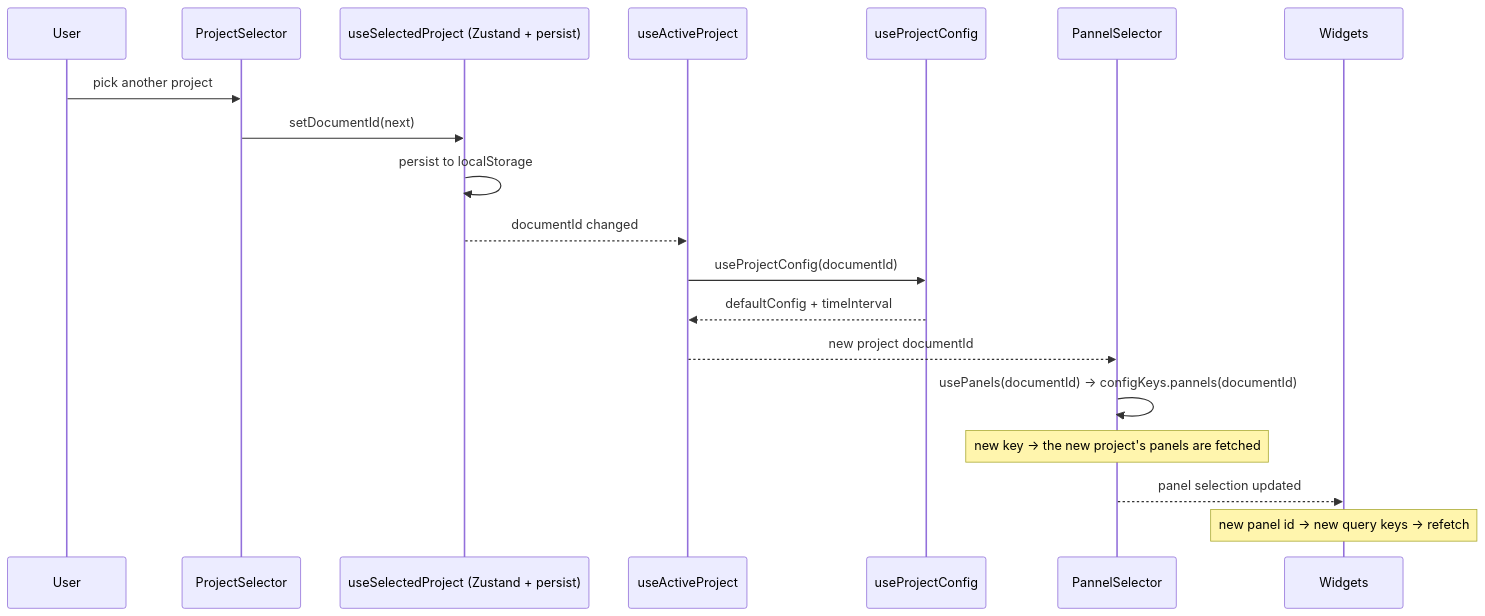
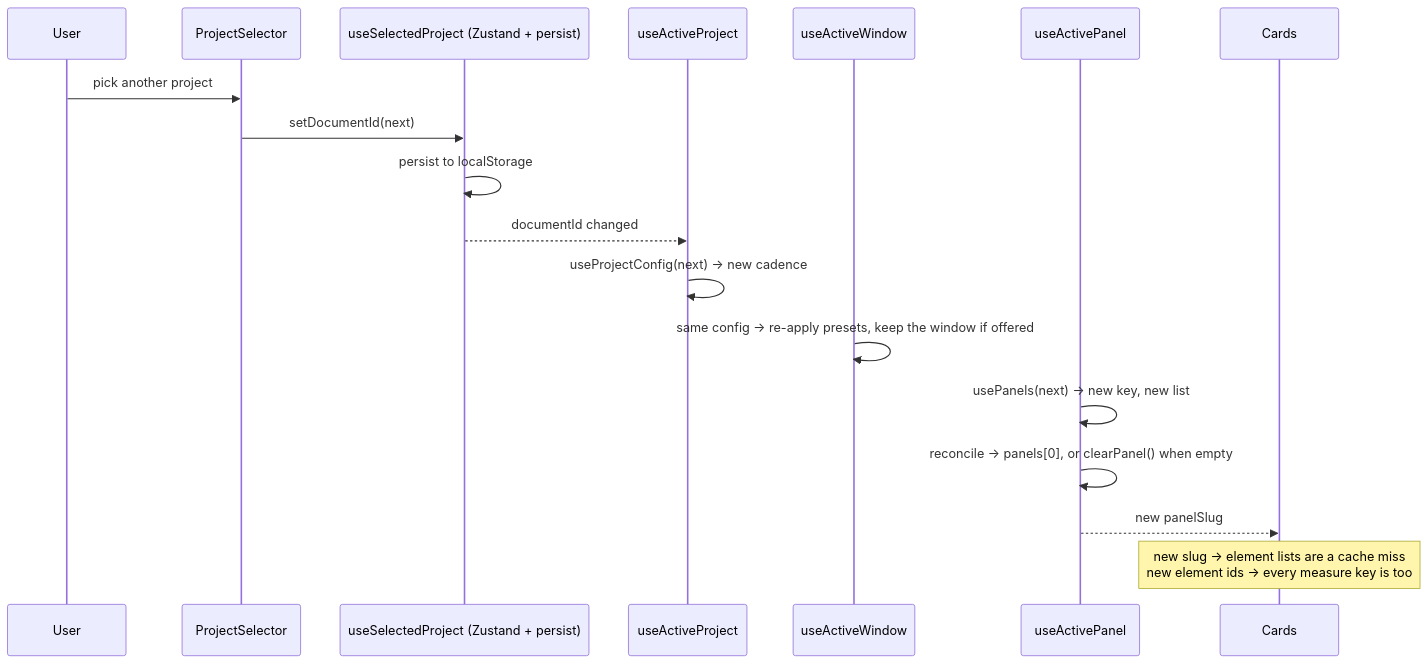
The seventh of 11 diagrams in apps/docs-site/docs/data-flow.md (webteamuxco/dashboard-monitor), drawn with Mermaid before and after one commit. The commit also changed other lines of this file and 10 other files, not shown here.

````diff
--- a/apps/docs-site/docs/data-flow.md
+++ b/apps/docs-site/docs/data-flow.md
@@ -232,22 +199,21 @@
 ```mermaid
 sequenceDiagram
     participant User
     participant Selector as ProjectSelector
     participant Store as useSelectedProject (Zustand + persist)
     participant Active as useActiveProject
-    participant Cfg as useProjectConfig
-    participant PanelSel as PannelSelector
-    participant Widgets
+    participant Win as useActiveWindow
+    participant ActiveP as useActivePanel
+    participant Cards
 
     User->>Selector: pick another project
     Selector->>Store: setDocumentId(next)
     Store->>Store: persist to localStorage
     Store-->>Active: documentId changed
-    Active->>Cfg: useProjectConfig(documentId)
-    Cfg-->>Active: defaultConfig + timeInterval
-    Active-->>PanelSel: new project documentId
-    PanelSel->>PanelSel: usePanels(documentId) → configKeys.pannels(documentId)
-    Note over PanelSel: new key → the new project's panels are fetched
-    PanelSel-->>Widgets: panel selection updated
-    Note over Widgets: new panel id → new query keys → refetch
+    Active->>Active: useProjectConfig(next) → new cadence
+    Win->>Win: same config → re-apply presets, keep the window if offered
+    ActiveP->>ActiveP: usePanels(next) → new key, new list
+    ActiveP->>ActiveP: reconcile → panels[0], or clearPanel() when empty
+    ActiveP-->>Cards: new panelSlug
+    Note over Cards: new slug → element lists are a cache miss<br/>new element ids → every measure key is too
 ```
````
